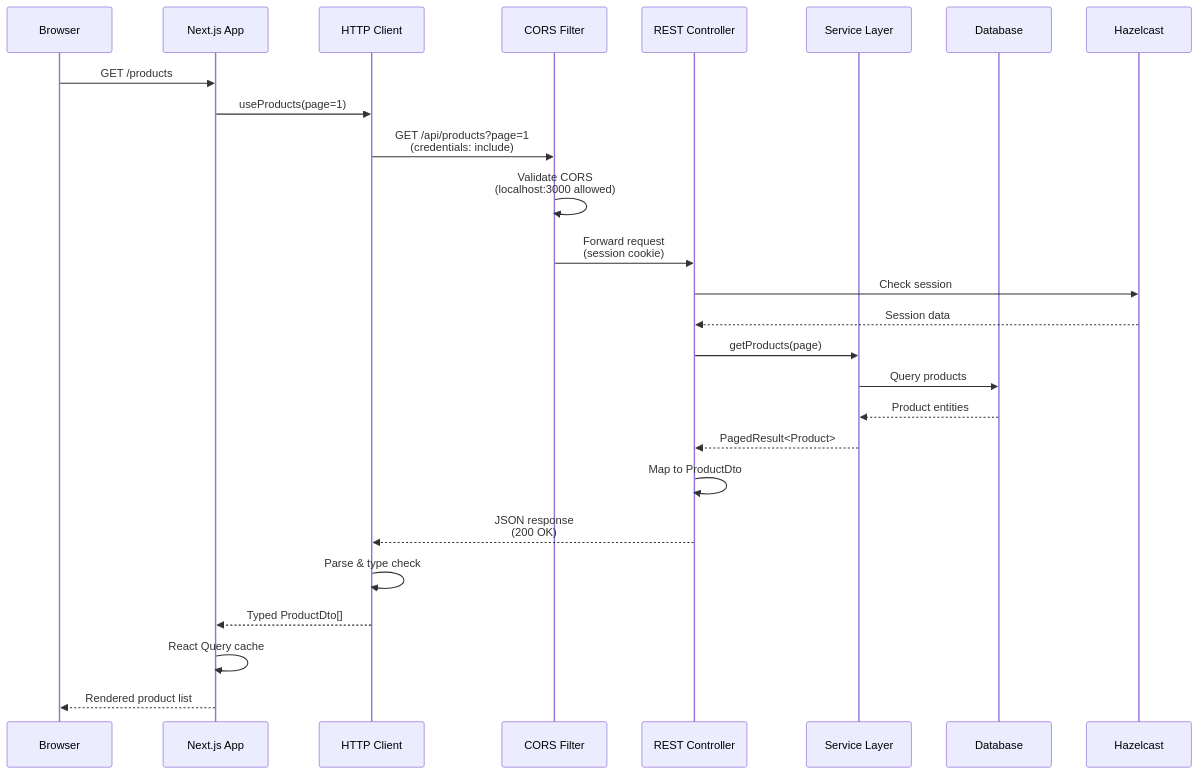
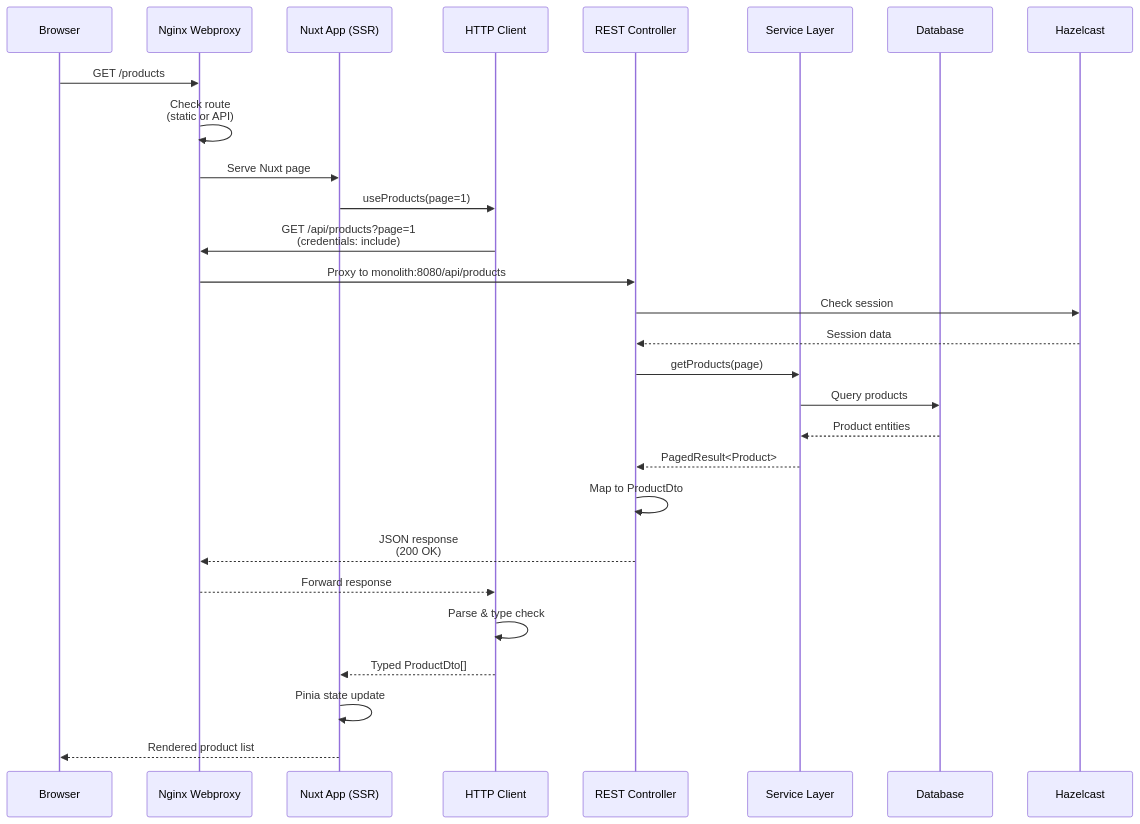
One commit to philipz/spring-modular-monolith changed the first of 4 diagrams in .spec-workflow/specs/nuxt-frontend-integration/design.md. Above: the diagram before and after it, drawn with Mermaid. The commit also changed other lines of this file and 43 other files, not shown here.

````diff
--- a/.spec-workflow/specs/nuxt-frontend-integration/design.md
+++ b/.spec-workflow/specs/nuxt-frontend-integration/design.md
@@ -85,29 +89,31 @@
 ```mermaid
 sequenceDiagram
     participant B as Browser
-    participant N as Next.js App
+    participant N as Nginx Webproxy
+    participant V as Nuxt App (SSR)
     participant H as HTTP Client
-    participant C as CORS Filter
     participant R as REST Controller
     participant S as Service Layer
     participant D as Database
     participant HZ as Hazelcast
 
     B->>N: GET /products
-    N->>H: useProducts(page=1)
-    H->>C: GET /api/products?page=1<br/>(credentials: include)
-    C->>C: Validate CORS<br/>(localhost:3000 allowed)
-    C->>R: Forward request<br/>(session cookie)
+    N->>N: Check route<br/>(static or API)
+    N->>V: Serve Nuxt page
+    V->>H: useProducts(page=1)
+    H->>N: GET /api/products?page=1<br/>(credentials: include)
+    N->>R: Proxy to monolith:8080/api/products
     R->>HZ: Check session
     HZ-->>R: Session data
     R->>S: getProducts(page)
     S->>D: Query products
     D-->>S: Product entities
     S-->>R: PagedResult<Product>
     R->>R: Map to ProductDto
-    R-->>H: JSON response<br/>(200 OK)
+    R-->>N: JSON response<br/>(200 OK)
+    N-->>H: Forward response
     H->>H: Parse & type check
-    H-->>N: Typed ProductDto[]
-    N->>N: React Query cache
-    N-->>B: Rendered product list
+    H-->>V: Typed ProductDto[]
+    V->>V: Pinia state update
+    V-->>B: Rendered product list
 ```
````
